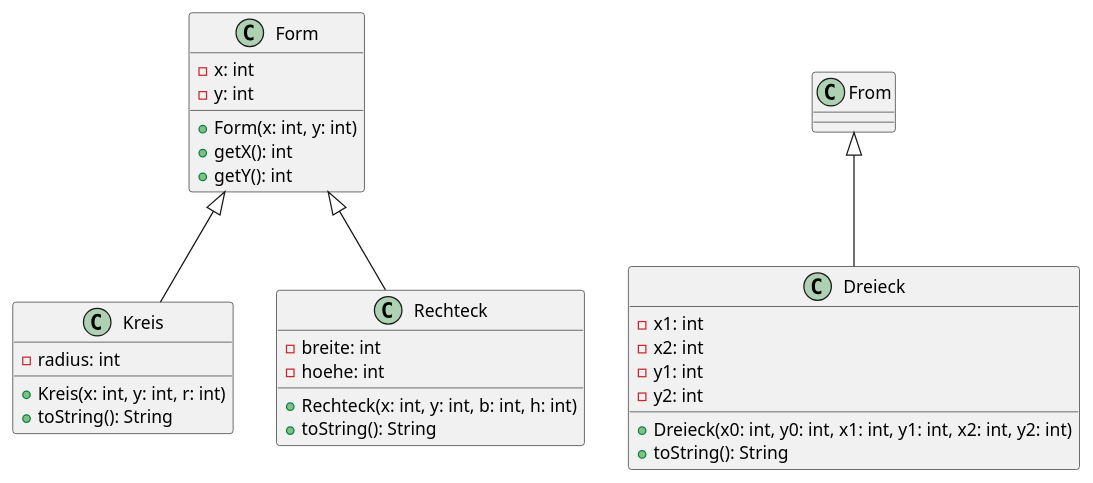
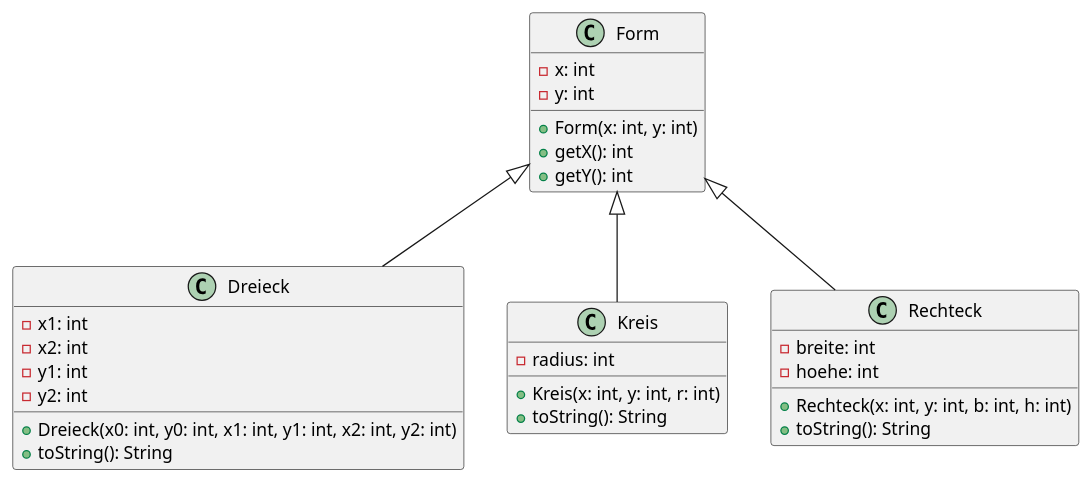
One commit to nadineoeser/oop-uebung09 changed the second of 2 diagrams in musterloesung.plantuml. Above: the diagram before and after it, drawn with PlantUML. The commit also changed 1 other file, not shown here.

```diff
--- a/musterloesung.plantuml
+++ b/musterloesung.plantuml
@@ -102,37 +102,37 @@
 @startuml formen
 
 class Form {
 	-x: int
 	-y: int
 
 	+Form(x: int, y: int)
 	+getX(): int
 	+getY(): int
 }
 
-class Dreieck extends From {
+class Dreieck extends Form {
 	-x1: int
 	-x2: int
 	-y1: int
 	-y2: int
 
 	+Dreieck(x0: int, y0: int, x1: int, y1: int, x2: int, y2: int)
 	+toString(): String
 }
 
 class Kreis extends Form {
 	-radius: int
 
 	+Kreis(x: int, y: int, r: int)
 	+toString(): String
 }
 
 class Rechteck extends Form {
 	-breite: int
 	-hoehe: int	
 
 	+Rechteck(x: int, y: int, b: int, h: int)
 	+toString(): String
 }
 
 @enduml
```
